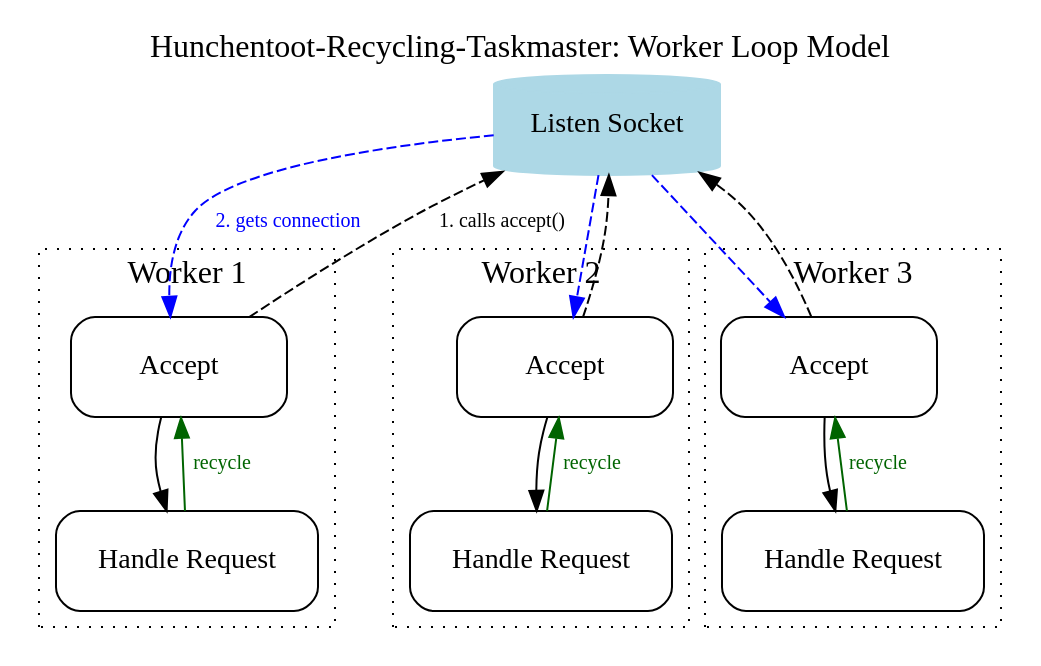
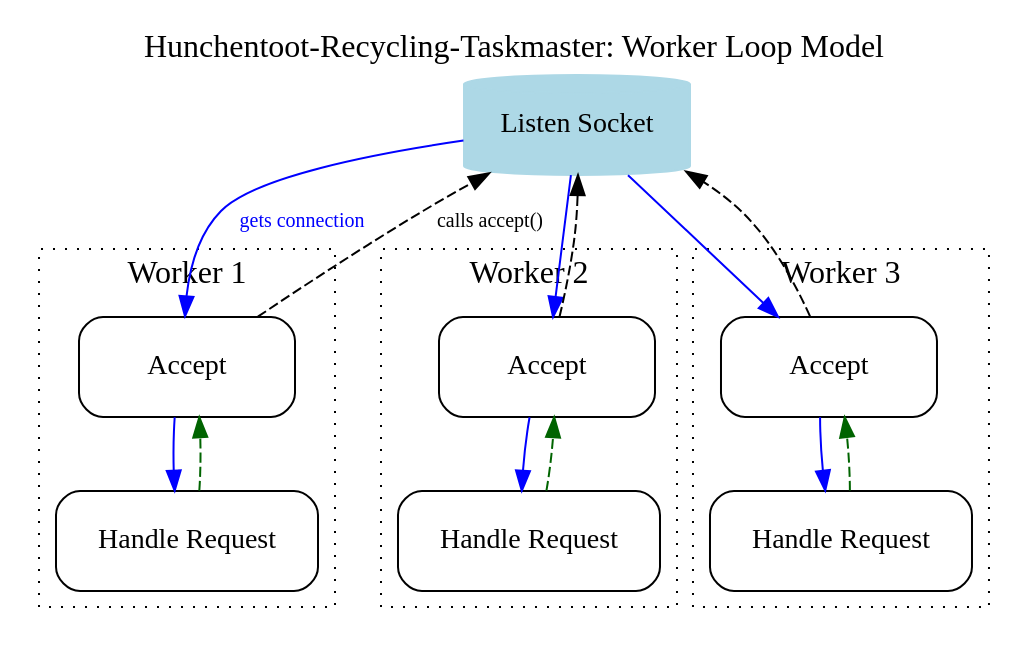
One commit to y2q-actionman/hunchentoot-recycling-taskmaster changed the diagram in hunchentoot-recycling-taskmaster-architecture.dot. Above: the diagram before and after it, drawn with Graphviz. The commit also changed 1 other file, not shown here.

Commit message:
Updated graphs

```diff
--- a/hunchentoot-recycling-taskmaster-architecture.dot
+++ b/hunchentoot-recycling-taskmaster-architecture.dot
@@ -1,38 +1,38 @@
 digraph recycling_architecture {
     rankdir=TB;
     fontsize=16;
     labelloc="t";
     label="Hunchentoot-Recycling-Taskmaster: Worker Loop Model";
 
     node [shape=box, style=rounded, width=1.5, height=0.7];
     edge [fontsize=10];
 
     // Shared Listen Socket at the top
     listen_socket [label="Listen Socket", shape=cylinder, style=filled, color=lightblue];
 
     // --- Define Worker Clusters ---
     subgraph cluster_w1 { label = "Worker 1"; style=dotted; w1_accept [label="Accept"]; w1_handle [label="Handle Request"]; }
     subgraph cluster_w2 { label = "Worker 2"; style=dotted; w2_accept [label="Accept"]; w2_handle [label="Handle Request"]; }
     subgraph cluster_w3 { label = "Worker 3"; style=dotted; w3_accept [label="Accept"]; w3_handle [label="Handle Request"]; }
 
     // --- Align Workers Horizontally below the socket ---
     // { rank = same; w1_handle; w2_handle; w3_handle; }
 
     // --- Worker 1: Loop and Connection ---
-    w1_accept -> w1_handle;
-    w1_handle -> w1_accept [label="recycle", color=darkgreen, fontcolor=darkgreen];
-    w1_accept -> listen_socket [label="1. calls accept()", style=dashed];
-    listen_socket -> w1_accept [label="2. gets connection", style=dashed, color=blue, fontcolor=blue];
+    w1_accept -> w1_handle [color=blue];
+    w1_handle -> w1_accept [color=darkgreen, fontcolor=darkgreen, style=dashed];
+    w1_accept -> listen_socket [label="calls accept()", style=dashed];
+    listen_socket -> w1_accept [label="gets connection", color=blue, fontcolor=blue];
 
     // --- Worker 2: Loop and Connection ---
-    w2_accept -> w2_handle;
-    w2_handle -> w2_accept [label="recycle", color=darkgreen, fontcolor=darkgreen];
+    w2_accept -> w2_handle [color=blue];
+    w2_handle -> w2_accept [color=darkgreen, fontcolor=darkgreen, style=dashed];
     w2_accept -> listen_socket [style=dashed];
-    listen_socket -> w2_accept [style=dashed, color=blue];
+    listen_socket -> w2_accept [color=blue];
 
     // --- Worker 3: Loop and Connection ---
-    w3_accept -> w3_handle;
-    w3_handle -> w3_accept [label="recycle", color=darkgreen, fontcolor=darkgreen];
+    w3_accept -> w3_handle [color=blue];
+    w3_handle -> w3_accept [color=darkgreen, fontcolor=darkgreen, style=dashed];
     w3_accept -> listen_socket [style=dashed];
-    listen_socket -> w3_accept [style=dashed, color=blue];
+    listen_socket -> w3_accept [color=blue];
 }
```
